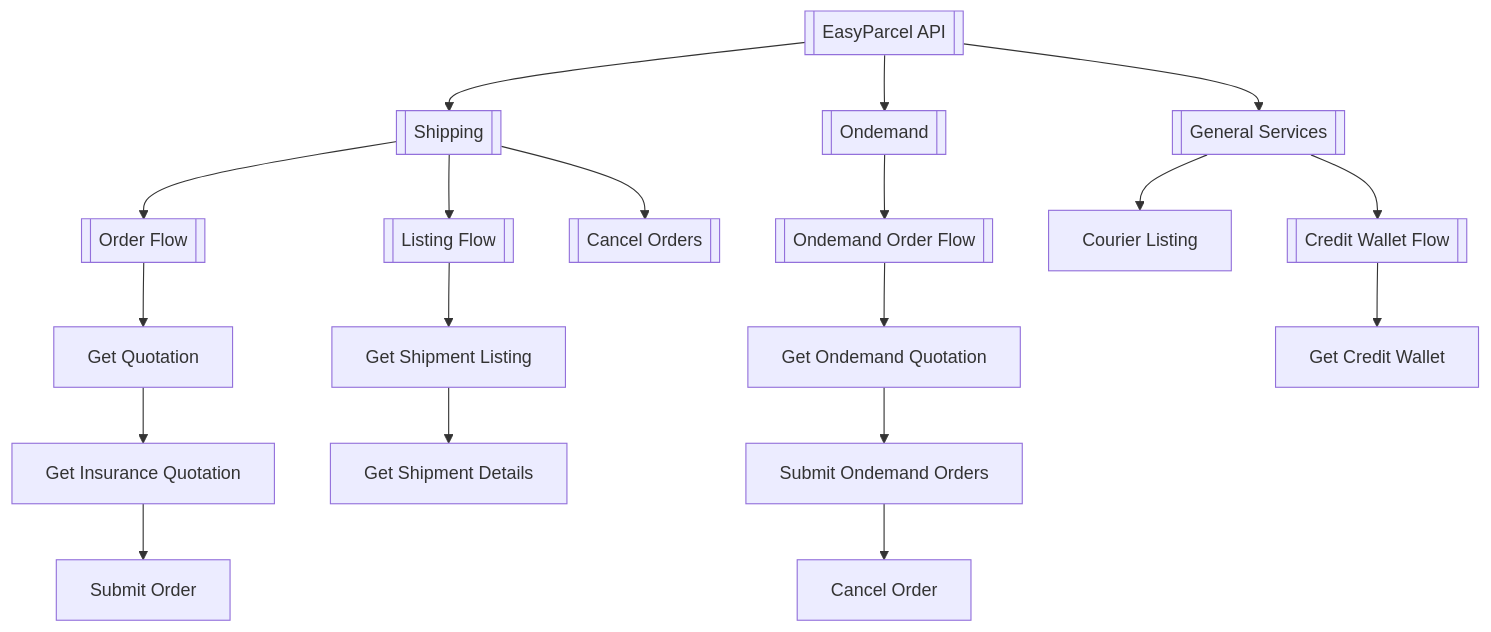
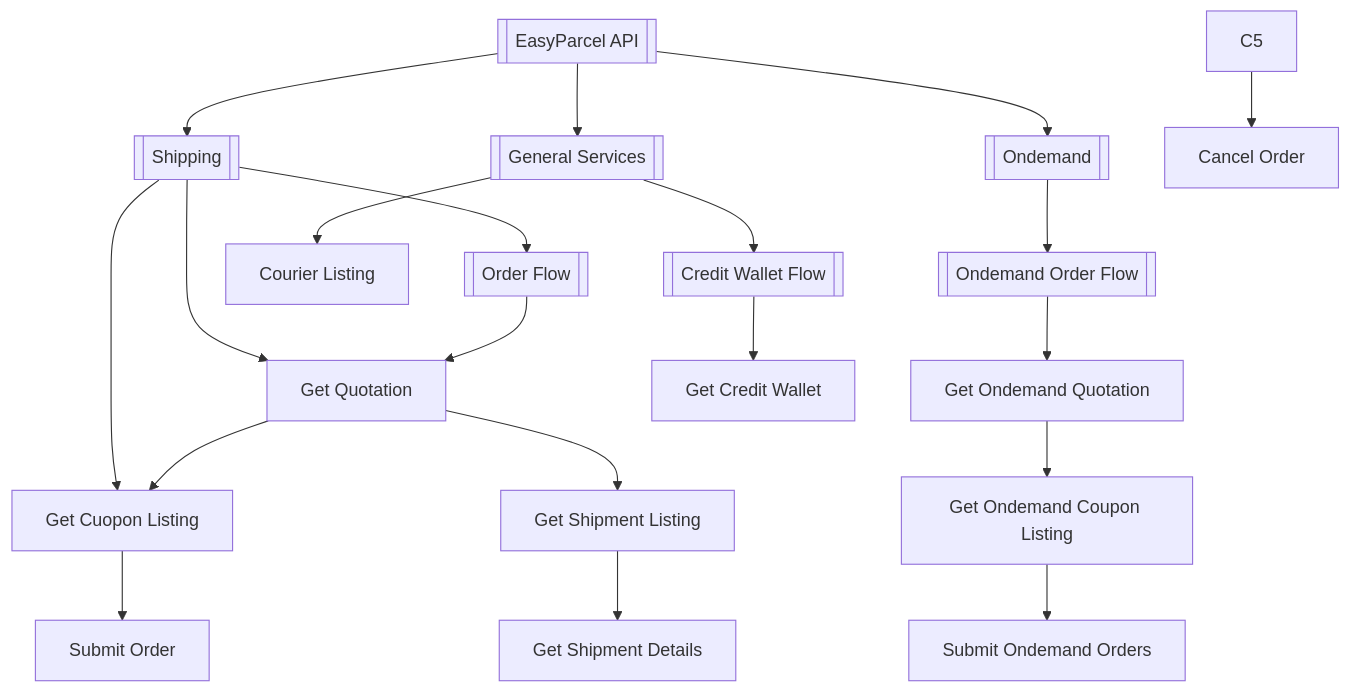
Before and after one commit to easyparcel/OpenAPI: the diagram in 5.API endpoint/README.md, drawn with Mermaid. The commit also changed other lines of this file, not shown here.

````diff
--- a/5.API endpoint/README.md
+++ b/5.API endpoint/README.md
@@ -29,31 +43,32 @@
 ```mermaid
 graph TD
     A[[EasyParcel API]] --> B[[Shipping]]
     A --> C[[Ondemand]]
     A --> D[[General Services]]
     
     %% Shipping Flow
     B --> B1[[Order Flow]]
     B --> B2[[Listing Flow]]
     B --> B3[[Cancel Orders]]
     
     %% Order Flow
-    B1 --> B11[Get Quotation]
-    B11 --> B12[Get Insurance Quotation]
-    B12 --> B13[Submit Order]
+    B1 --> B2[Get Quotation]
+    B2 --> B3[Get Cuopon Listing]
+    B3 --> B4[Submit Order]
     
     %% Listing Flow
     B2 --> B21[Get Shipment Listing]
     B21 --> B22[Get Shipment Details]
     
     %% Ondemand Flow
     C --> C1[[Ondemand Order Flow]]
-    C1 --> C11[Get Ondemand Quotation]
-    C11 --> C12[Submit Ondemand Orders]
-    C12 --> C13[Cancel Order]
+    C1 --> C2[Get Ondemand Quotation]
+    C2 --> C3[Get Ondemand Coupon Listing]
+    C3 --> C4[Submit Ondemand Orders]
+    C5 --> C6[Cancel Order]
     
     %% General Services
     D --> D1[Courier Listing]
     D --> D2[[Credit Wallet Flow]]
     D2 --> D21[Get Credit Wallet]
 ```
````
